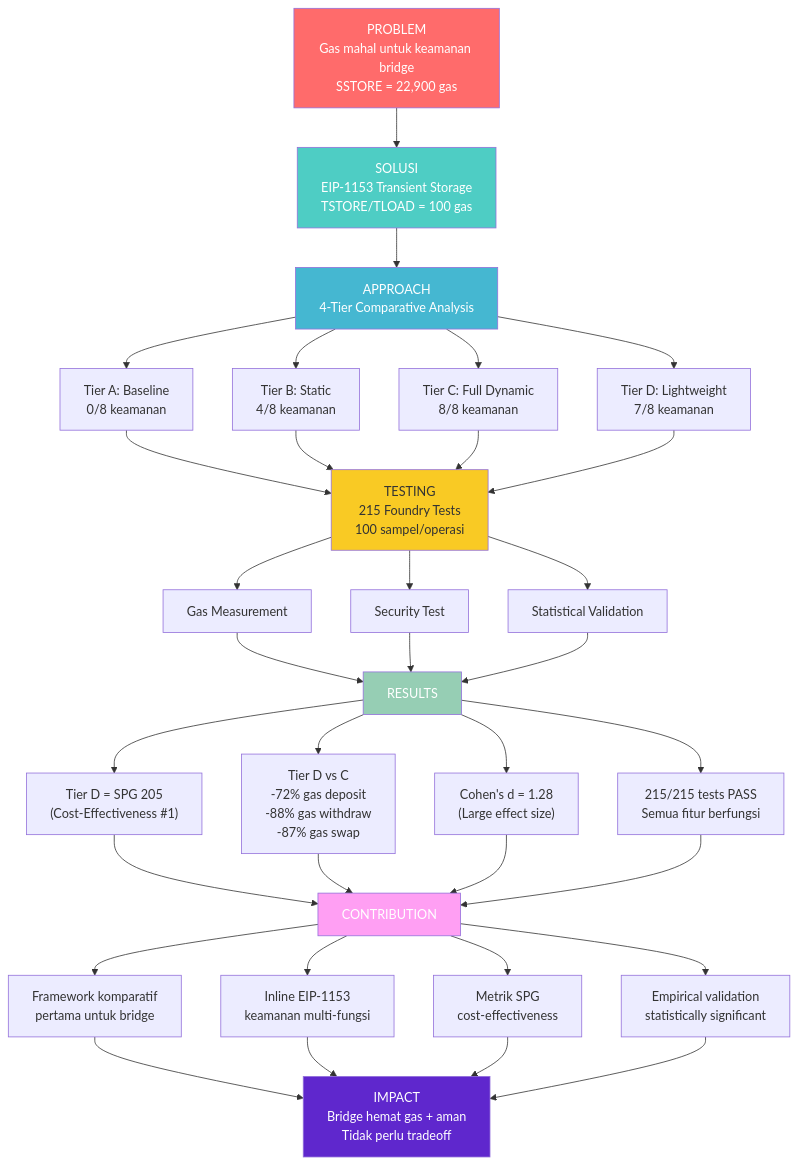
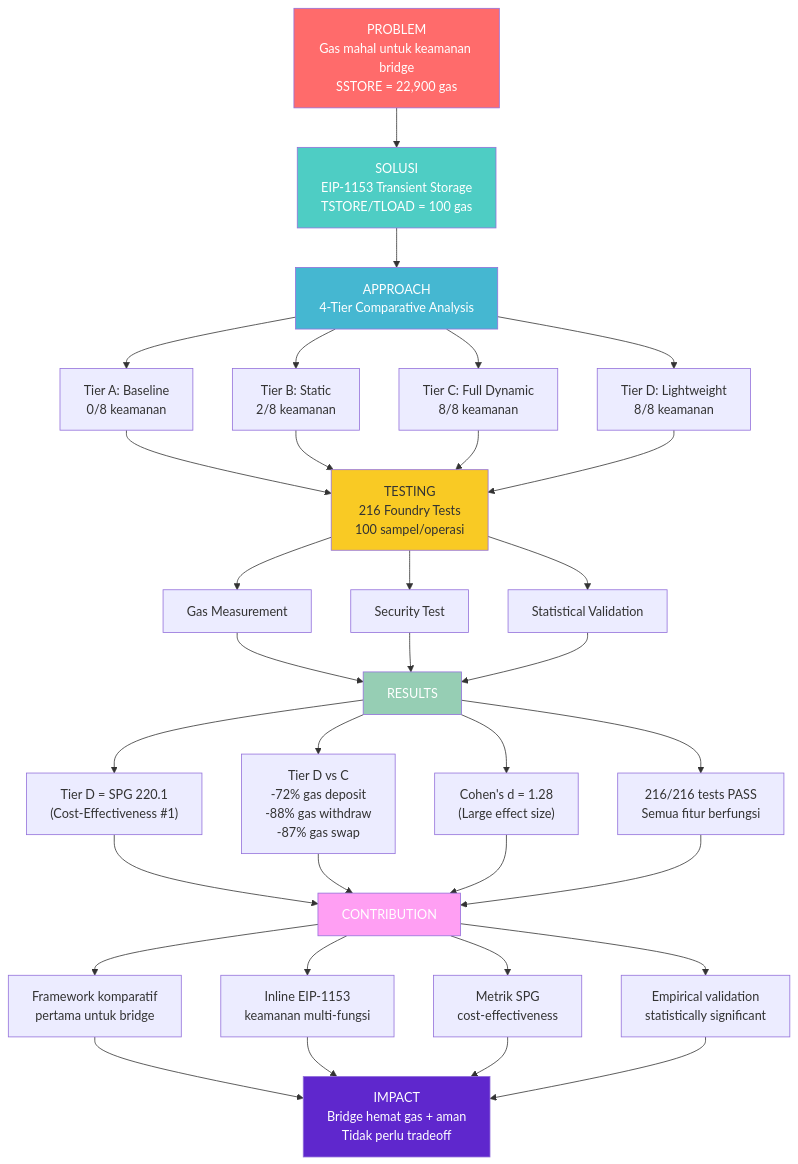
One commit to Zhee1112/SmartContract changed the first of 2 diagrams in docs/sempro/MINDMAP_JURNAL.md. Above: the diagram before and after it, drawn with Mermaid. The commit also changed other lines of this file and 5 other files, not shown here.

Commit message:
Update mind maps and evidence with corrected security scores (Tier D: 8/8)

````diff
--- a/docs/sempro/MINDMAP_JURNAL.md
+++ b/docs/sempro/MINDMAP_JURNAL.md
@@ -5,52 +5,52 @@
 ```mermaid
 graph TD
     A["PROBLEM<br/>Gas mahal untuk keamanan bridge<br/>SSTORE = 22,900 gas"] --> B["SOLUSI<br/>EIP-1153 Transient Storage<br/>TSTORE/TLOAD = 100 gas"]
     
     B --> C["APPROACH<br/>4-Tier Comparative Analysis"]
     
     C --> C1["Tier A: Baseline<br/>0/8 keamanan"]
-    C --> C2["Tier B: Static<br/>4/8 keamanan"]
+    C --> C2["Tier B: Static<br/>2/8 keamanan"]
     C --> C3["Tier C: Full Dynamic<br/>8/8 keamanan"]
-    C --> C4["Tier D: Lightweight<br/>7/8 keamanan"]
+    C --> C4["Tier D: Lightweight<br/>8/8 keamanan"]
     
-    C1 --> D["TESTING<br/>215 Foundry Tests<br/>100 sampel/operasi"]
+    C1 --> D["TESTING<br/>216 Foundry Tests<br/>100 sampel/operasi"]
     C2 --> D
     C3 --> D
     C4 --> D
     
     D --> D1["Gas Measurement"]
     D --> D2["Security Test"]
     D --> D3["Statistical Validation"]
     
     D1 --> E["RESULTS"]
     D2 --> E
     D3 --> E
     
-    E --> E1["Tier D = SPG 205<br/>(Cost-Effectiveness #1)"]
+    E --> E1["Tier D = SPG 220.1<br/>(Cost-Effectiveness #1)"]
     E --> E2["Tier D vs C<br/>-72% gas deposit<br/>-88% gas withdraw<br/>-87% gas swap"]
     E --> E3["Cohen's d = 1.28<br/>(Large effect size)"]
-    E --> E4["215/215 tests PASS<br/>Semua fitur berfungsi"]
+    E --> E4["216/216 tests PASS<br/>Semua fitur berfungsi"]
     
     E1 --> F["CONTRIBUTION"]
     E2 --> F
     E3 --> F
     E4 --> F
     
     F --> F1["Framework komparatif<br/>pertama untuk bridge"]
     F --> F2["Inline EIP-1153<br/>keamanan multi-fungsi"]
     F --> F3["Metrik SPG<br/>cost-effectiveness"]
     F --> F4["Empirical validation<br/>statistically significant"]
     
     F1 --> G["IMPACT<br/>Bridge hemat gas + aman<br/>Tidak perlu tradeoff"]
     F2 --> G
     F3 --> G
     F4 --> G
 
     style A fill:#ff6b6b,color:#fff
     style B fill:#4ecdc4,color:#fff
     style C fill:#45b7d1,color:#fff
     style D fill:#f9ca24,color:#333
     style E fill:#96ceb4,color:#fff
     style F fill:#ff9ff3,color:#fff
     style G fill:#5f27cd,color:#fff
 ```
````
